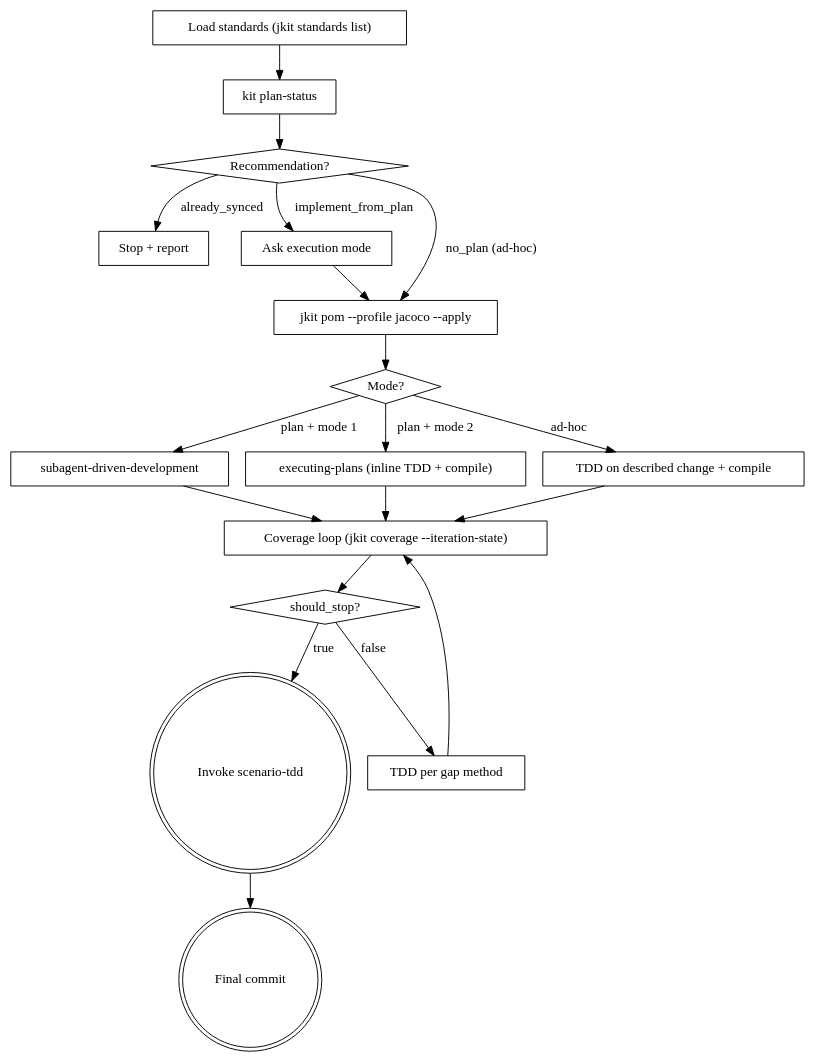
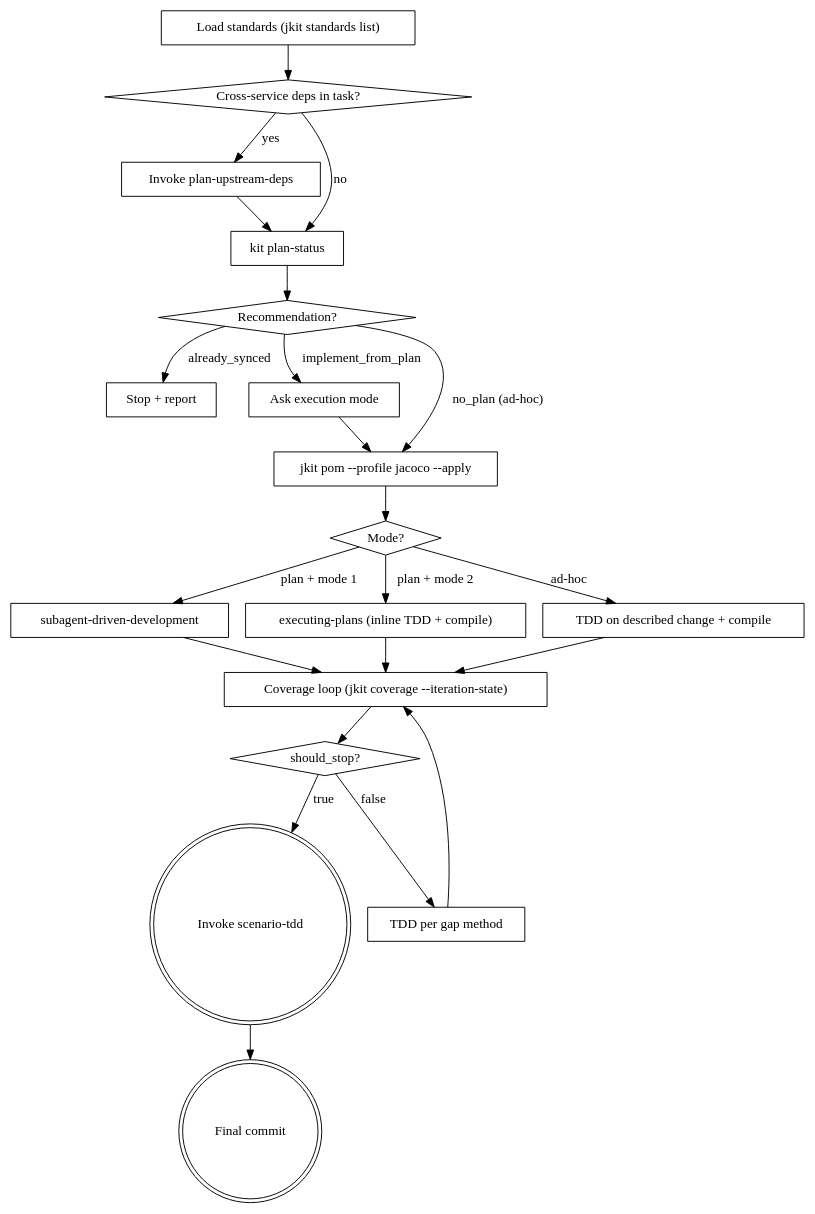
Before and after one commit to honghaowuu/jkit: the diagram in skills/java-tdd/SKILL.md, drawn with Graphviz. The commit also changed other lines of this file and 1 other file, not shown here.

Commit message:
skills: add plan-upstream-deps + wire pre-flight gate into java-tdd
New plan-upstream-deps skill: scans task scope for cross-service
dependencies, attributes each to an owning service via the injected
marketplace catalog, runs `kit plugin-status` per dep, and produces an
upfront plan (SDK / Feign / mock+FR / install-then-decide). For
mock+FR rows it drafts issue bodies to .jkit/feature-requests/<run>/
and offers a multi-select gate to file them via `gh issue create`.
Discovery-only — execution delegates to generate-feign and
jkit pom add-dep.

java-tdd Step 0.5: invoke plan-upstream-deps when the task mentions
data or operations likely owned by another service, before plan-status
routing. Prevents mid-implementation discovery of upstream deps.

````diff
--- a/skills/java-tdd/SKILL.md
+++ b/skills/java-tdd/SKILL.md
@@ -35,38 +36,43 @@
 ```dot
 digraph java_tdd {
     "Load standards (jkit standards list)" [shape=box];
+    "Cross-service deps in task?" [shape=diamond];
+    "Invoke plan-upstream-deps" [shape=box];
     "kit plan-status" [shape=box];
     "Recommendation?" [shape=diamond];
     "Stop + report" [shape=box];
     "Ask execution mode" [shape=box];
     "jkit pom --profile jacoco --apply" [shape=box];
     "Mode?" [shape=diamond];
     "subagent-driven-development" [shape=box];
     "executing-plans (inline TDD + compile)" [shape=box];
     "TDD on described change + compile" [shape=box];
     "Coverage loop (jkit coverage --iteration-state)" [shape=box];
     "should_stop?" [shape=diamond];
     "TDD per gap method" [shape=box];
     "Invoke scenario-tdd" [shape=doublecircle];
     "Final commit" [shape=doublecircle];
 
-    "Load standards (jkit standards list)" -> "kit plan-status";
+    "Load standards (jkit standards list)" -> "Cross-service deps in task?";
+    "Cross-service deps in task?" -> "Invoke plan-upstream-deps" [label="yes"];
+    "Cross-service deps in task?" -> "kit plan-status" [label="no"];
+    "Invoke plan-upstream-deps" -> "kit plan-status";
     "kit plan-status" -> "Recommendation?";
     "Recommendation?" -> "Ask execution mode" [label="implement_from_plan"];
     "Recommendation?" -> "jkit pom --profile jacoco --apply" [label="no_plan (ad-hoc)"];
     "Recommendation?" -> "Stop + report" [label="already_synced"];
     "Ask execution mode" -> "jkit pom --profile jacoco --apply";
     "jkit pom --profile jacoco --apply" -> "Mode?";
     "Mode?" -> "subagent-driven-development" [label="plan + mode 1"];
     "Mode?" -> "executing-plans (inline TDD + compile)" [label="plan + mode 2"];
     "Mode?" -> "TDD on described change + compile" [label="ad-hoc"];
     "subagent-driven-development" -> "Coverage loop (jkit coverage --iteration-state)";
     "executing-plans (inline TDD + compile)" -> "Coverage loop (jkit coverage --iteration-state)";
     "TDD on described change + compile" -> "Coverage loop (jkit coverage --iteration-state)";
     "Coverage loop (jkit coverage --iteration-state)" -> "should_stop?";
     "should_stop?" -> "TDD per gap method" [label="false"];
     "TDD per gap method" -> "Coverage loop (jkit coverage --iteration-state)";
     "should_stop?" -> "Invoke scenario-tdd" [label="true"];
     "Invoke scenario-tdd" -> "Final commit";
 }
 ```
````
